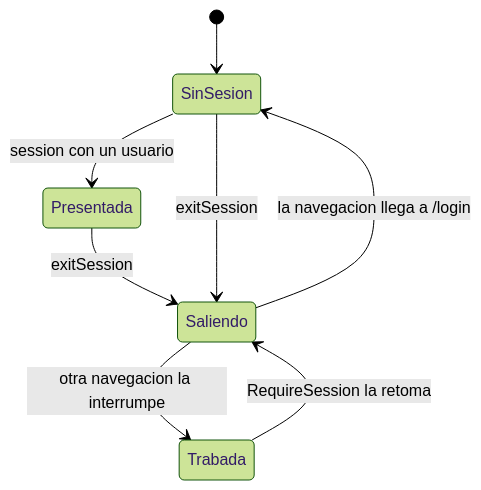
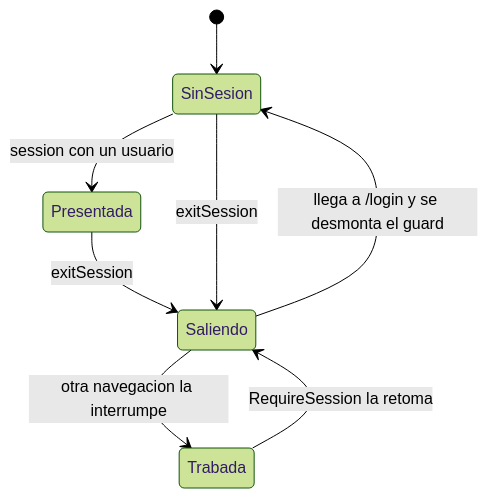
Before and after one commit to fdelillo/crm: the second of 12 diagrams in specs/001-empresas-usuarios/ui.md, drawn with Mermaid (forest theme). The commit also changed other lines of this file and 1 other file, not shown here.

````diff
--- a/specs/001-empresas-usuarios/ui.md
+++ b/specs/001-empresas-usuarios/ui.md
@@ -578,10 +608,10 @@
 ```mermaid
 stateDiagram-v2
     [*] --> SinSesion
     SinSesion --> Presentada : session con un usuario
     Presentada --> Saliendo : exitSession
     SinSesion --> Saliendo : exitSession
-    Saliendo --> SinSesion : la navegacion llega a /login
+    Saliendo --> SinSesion : llega a /login y se desmonta el guard
     Saliendo --> Trabada : otra navegacion la interrumpe
     Trabada --> Saliendo : RequireSession la retoma
 ```
````
